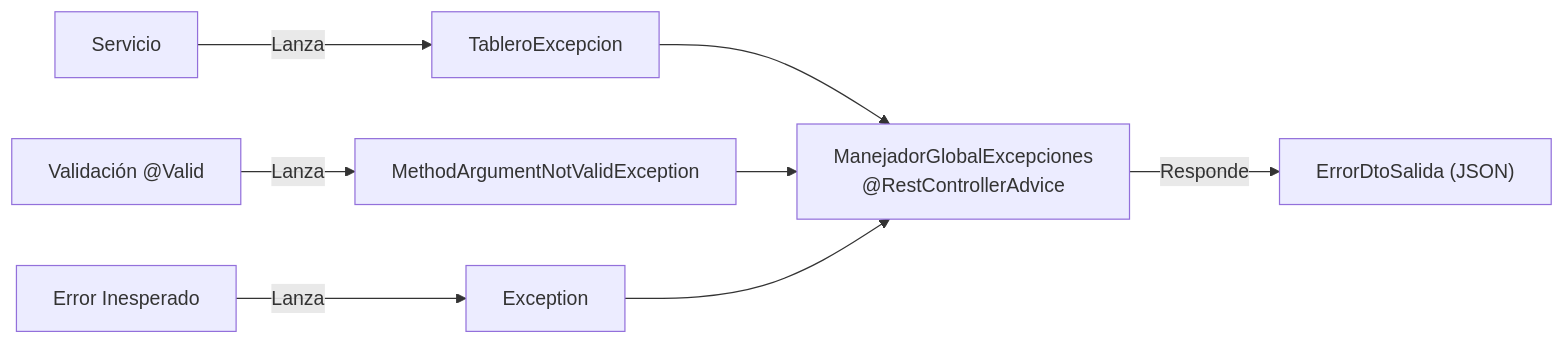
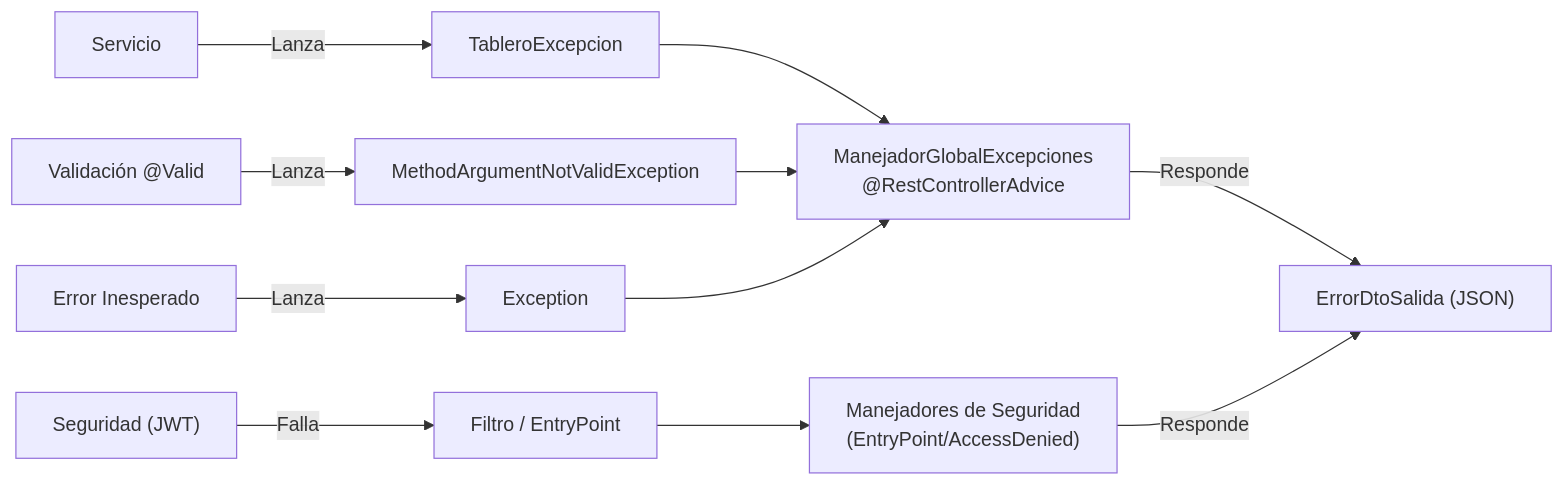
The diagram in docs/error-handling.md (crsmusk/tablero-de-tareas), drawn with Mermaid before and after one commit. The commit also changed other lines of this file and 11 other files, not shown here.

Commit message:
docs: actualizar documentación y estándares de seguridad JWT

````diff
--- a/docs/error-handling.md
+++ b/docs/error-handling.md
@@ -7,12 +7,15 @@
 ```mermaid
 graph LR
     S["Servicio"] -->|Lanza| TE["TableroExcepcion"]
     V["Validación @Valid"] -->|Lanza| MAV["MethodArgumentNotValidException"]
+    SEC["Seguridad (JWT)"] -->|Falla| JW["Filtro / EntryPoint"]
     X["Error Inesperado"] -->|Lanza| EX["Exception"]
     
     TE --> MG["ManejadorGlobalExcepciones\n@RestControllerAdvice"]
     MAV --> MG
+    JW --> MGSEC["Manejadores de Seguridad\n(EntryPoint/AccessDenied)"]
     EX --> MG
     
     MG -->|Responde| ER["ErrorDtoSalida (JSON)"]
+    MGSEC -->|Responde| ER
 ```
````
